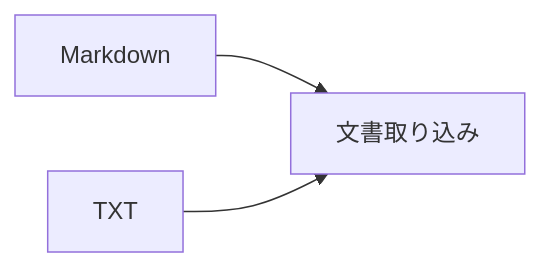
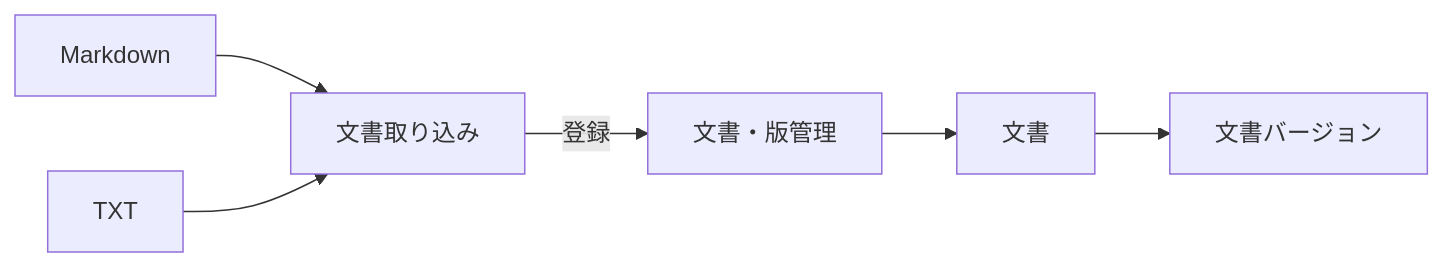
The diagram in project-docs/design/domains/documents/文書取り込み設計.md (takashit16833/RAGScope), drawn with Mermaid before and after one commit. The commit also changed other lines of this file and 4 other files, not shown here.

````diff
--- a/project-docs/design/domains/documents/文書取り込み設計.md
+++ b/project-docs/design/domains/documents/文書取り込み設計.md
@@ -10,9 +10,15 @@
 ```mermaid
 flowchart LR
     Markdown["Markdown"]
     Text["TXT"]
     Ingest["文書取り込み"]
+    Manage["文書・版管理"]
+    Document["文書"]
+    Version["文書バージョン"]
 
     Markdown --> Ingest
     Text --> Ingest
+    Ingest -->|"登録"| Manage
+    Manage --> Document
+    Document --> Version
 ```
````
